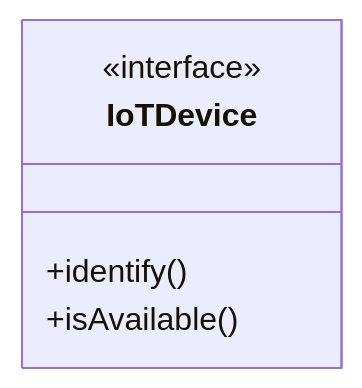
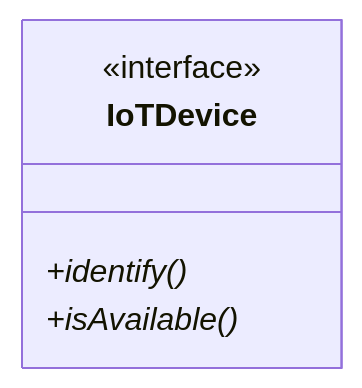
One commit to neu-pdi/cs3100-public-resources changed the first of 14 diagrams in lecture-slides-spertus/l2-inheritance-polymorphism.mdx. Above: the diagram before and after it, drawn with Mermaid. The commit also changed other lines of this file and 3 other files, not shown here.

````diff
--- a/lecture-slides-spertus/l2-inheritance-polymorphism.mdx
+++ b/lecture-slides-spertus/l2-inheritance-polymorphism.mdx
@@ -239,8 +241,8 @@
 ```mermaid
 classDiagram
     class IoTDevice {
         <<interface>>
-        +identify()
-        +isAvailable()
+        +identify()*
+        +isAvailable()*
     }
 ```
````
